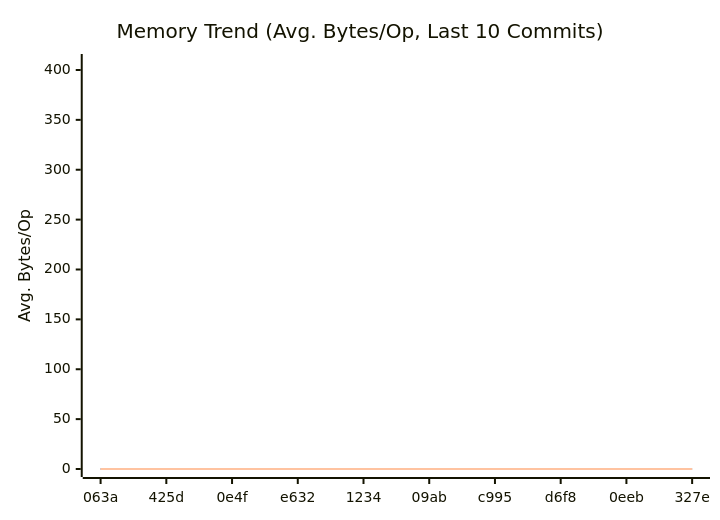
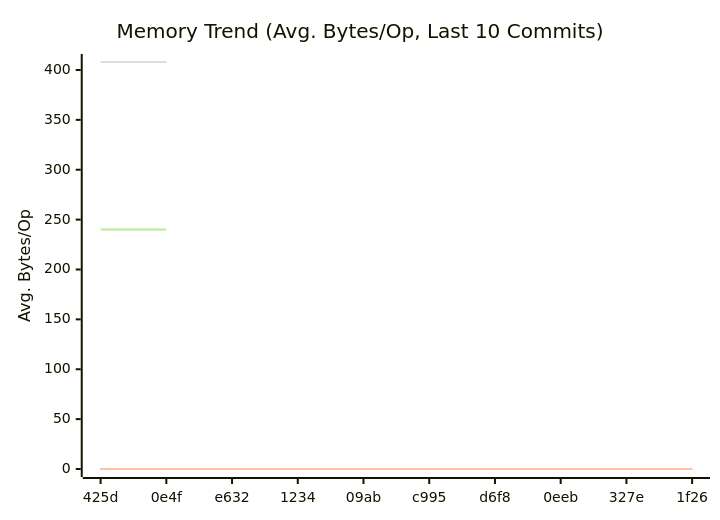
One commit to alsotoes/momo changed the second of 3 diagrams in doc/README.md. Above: the diagram before and after it, drawn with Mermaid. The commit also changed other lines of this file and 1 other file, not shown here.

````diff
--- a/doc/README.md
+++ b/doc/README.md
@@ -309,12 +309,12 @@
 ```mermaid
 xychart-beta
     title "Memory Trend (Avg. Bytes/Op, Last 10 Commits)"
     x-axis "Commit"
     y-axis "Avg. Bytes/Op"
-    x-axis [063a,425d,0e4f,e632,1234,09ab,c995,d6f8,0eeb,327e]
+    x-axis [425d,0e4f,e632,1234,09ab,c995,d6f8,0eeb,327e,1f26]
     line "CheckMetricsAndSwap" [0,0,0,0,0,0,0,0,0,0]
     line "IndexDirectTracking" [0,0,0,0,0,0,0,0,0,0]
     line "IndexSearch" [0,0,0,0,0,0,0,0,0,0]
-    line "ParseReplicationOrder_NoPrealloc" [408]
-    line "ParseReplicationOrder_Prealloc" [240]
+    line "ParseReplicationOrder_NoPrealloc" [408,408]
+    line "ParseReplicationOrder_Prealloc" [240,240]
 ```
````
